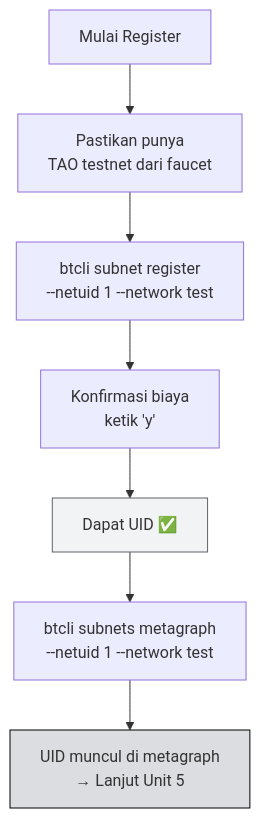
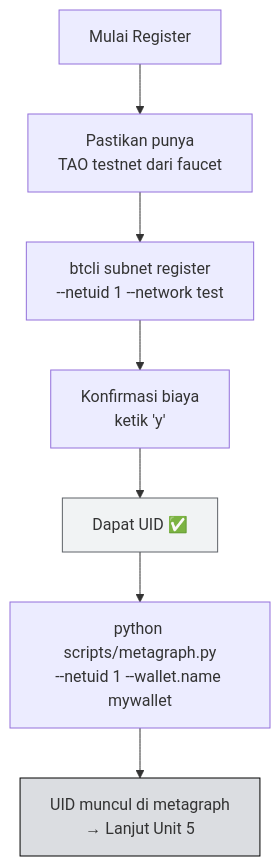
The diagram in docs/Bittensor-Co-Learning-Camp/Phase-2-Building/GP-0-Local-Mining-Intro/04-register-subnet-testnet.md (Ethereum-Jakarta/docs-ethjkt), drawn with Mermaid before and after one commit. The commit also changed other lines of this file and 5 other files, not shown here.

````diff
--- a/docs/Bittensor-Co-Learning-Camp/Phase-2-Building/GP-0-Local-Mining-Intro/04-register-subnet-testnet.md
+++ b/docs/Bittensor-Co-Learning-Camp/Phase-2-Building/GP-0-Local-Mining-Intro/04-register-subnet-testnet.md
@@ -172,12 +238,12 @@
 ```mermaid
 flowchart TD
     START[Mulai Register] --> FAUCET[Pastikan punya<br/>TAO testnet dari faucet]
     FAUCET --> REGISTER[btcli subnet register<br/>--netuid 1 --network test]
     REGISTER --> CONFIRM[Konfirmasi biaya<br/>ketik 'y']
     CONFIRM --> SUCCESS[Dapat UID ✅]
-    SUCCESS --> VERIFY[btcli subnets metagraph<br/>--netuid 1 --network test]
+    SUCCESS --> VERIFY[python scripts/metagraph.py<br/>--netuid 1 --wallet.name mywallet]
     VERIFY --> DONE[UID muncul di metagraph<br/>→ Lanjut Unit 5]
 
     style SUCCESS fill:#F1F3F4,stroke:#5F6368
     style DONE fill:#DBDDE1,stroke:#000000
 ```
````
